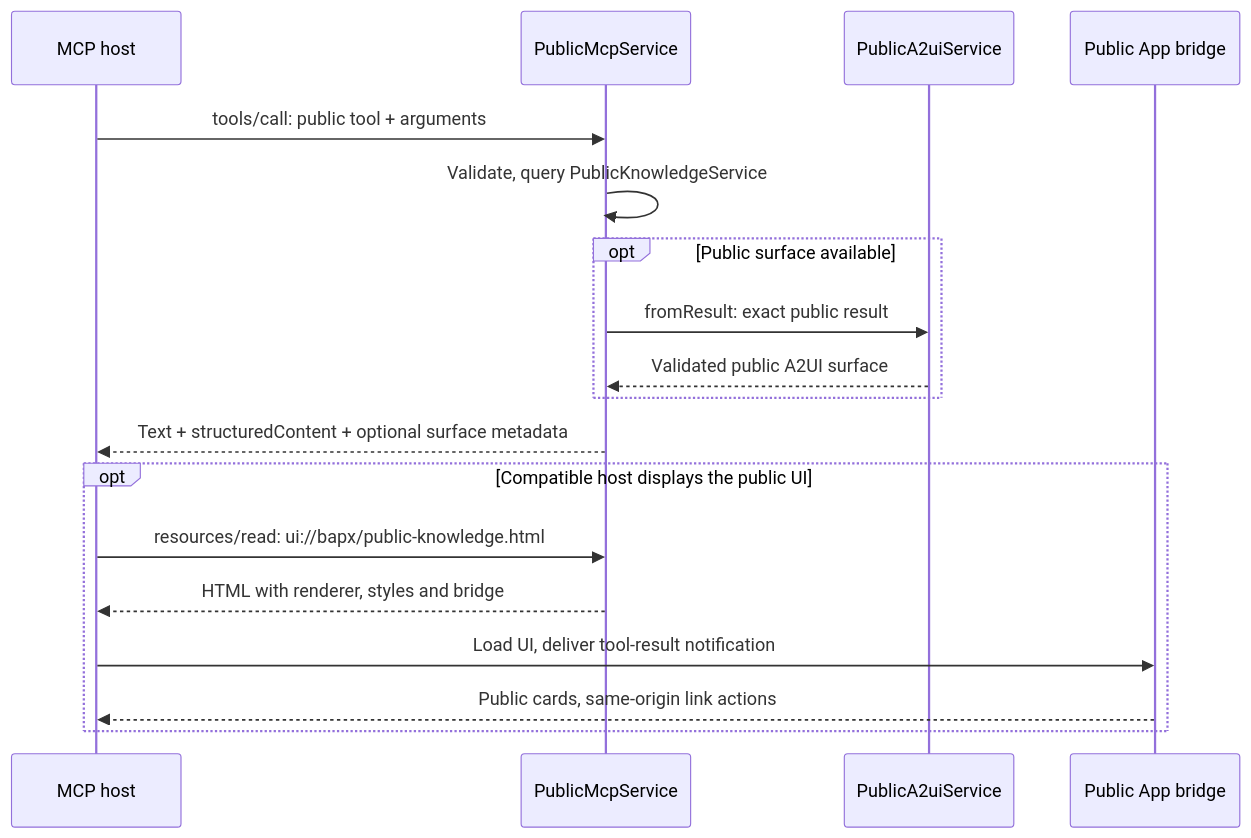
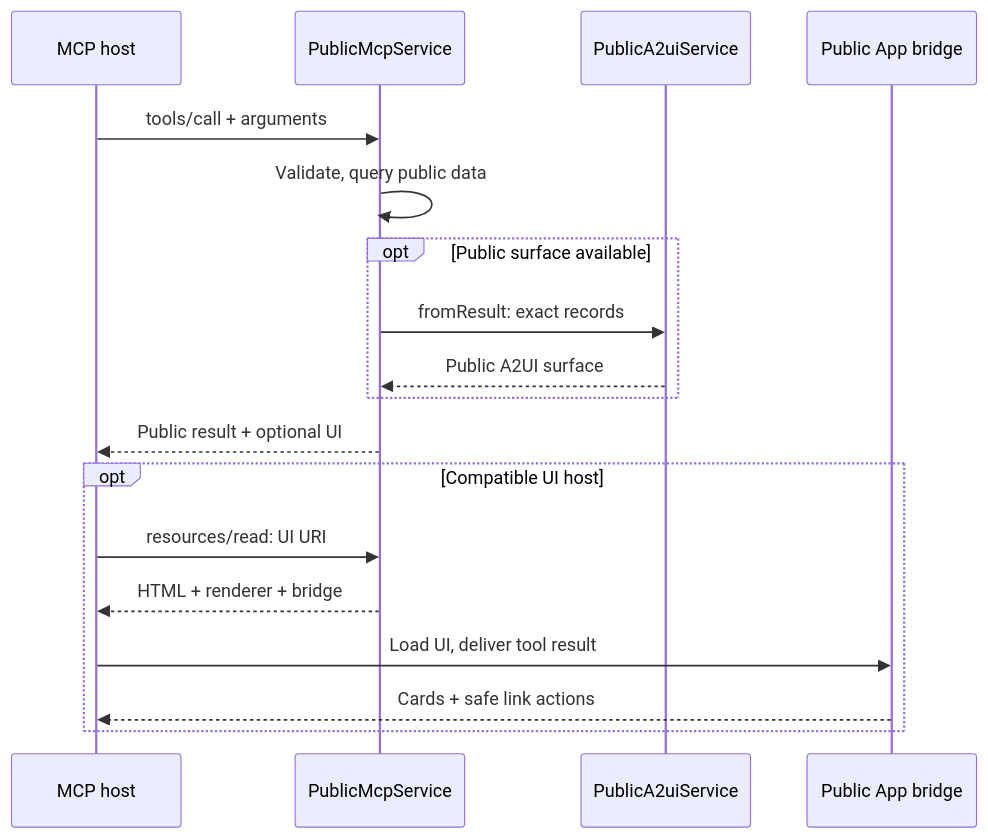
The eighth of 9 diagrams in README.md (bapxmediahub/bapXphpAiBackend), drawn with Mermaid before and after one commit. The commit also changed other lines of this file, not shown here.

Commit message:
docs: shorten sequence labels while preserving source detail

````diff
--- a/README.md
+++ b/README.md
@@ -318,21 +320,21 @@
 ```mermaid
 sequenceDiagram
   participant Host as MCP host
   participant MCP as PublicMcpService
   participant Cards as PublicA2uiService
   participant App as Public App bridge
 
-  Host->>MCP: tools/call: public tool + arguments
-  MCP->>MCP: Validate, query PublicKnowledgeService
+  Host->>MCP: tools/call + arguments
+  MCP->>MCP: Validate, query public data
   opt Public surface available
-    MCP->>Cards: fromResult: exact public result
-    Cards-->>MCP: Validated public A2UI surface
+    MCP->>Cards: fromResult: exact records
+    Cards-->>MCP: Public A2UI surface
   end
-  MCP-->>Host: Text + structuredContent + optional surface metadata
-  opt Compatible host displays the public UI
-    Host->>MCP: resources/read: ui://bapx/public-knowledge.html
-    MCP-->>Host: HTML with renderer, styles and bridge
-    Host->>App: Load UI, deliver tool-result notification
-    App-->>Host: Public cards, same-origin link actions
+  MCP-->>Host: Public result + optional UI
+  opt Compatible UI host
+    Host->>MCP: resources/read: UI URI
+    MCP-->>Host: HTML + renderer + bridge
+    Host->>App: Load UI, deliver tool result
+    App-->>Host: Cards + safe link actions
   end
 ```
````
